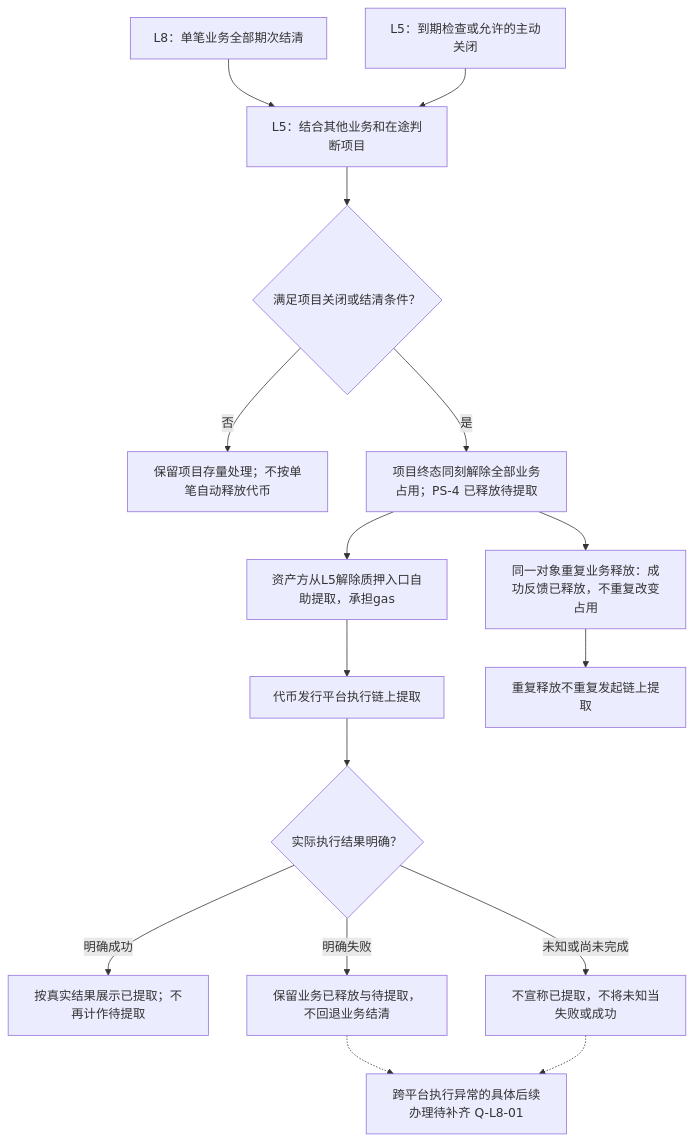
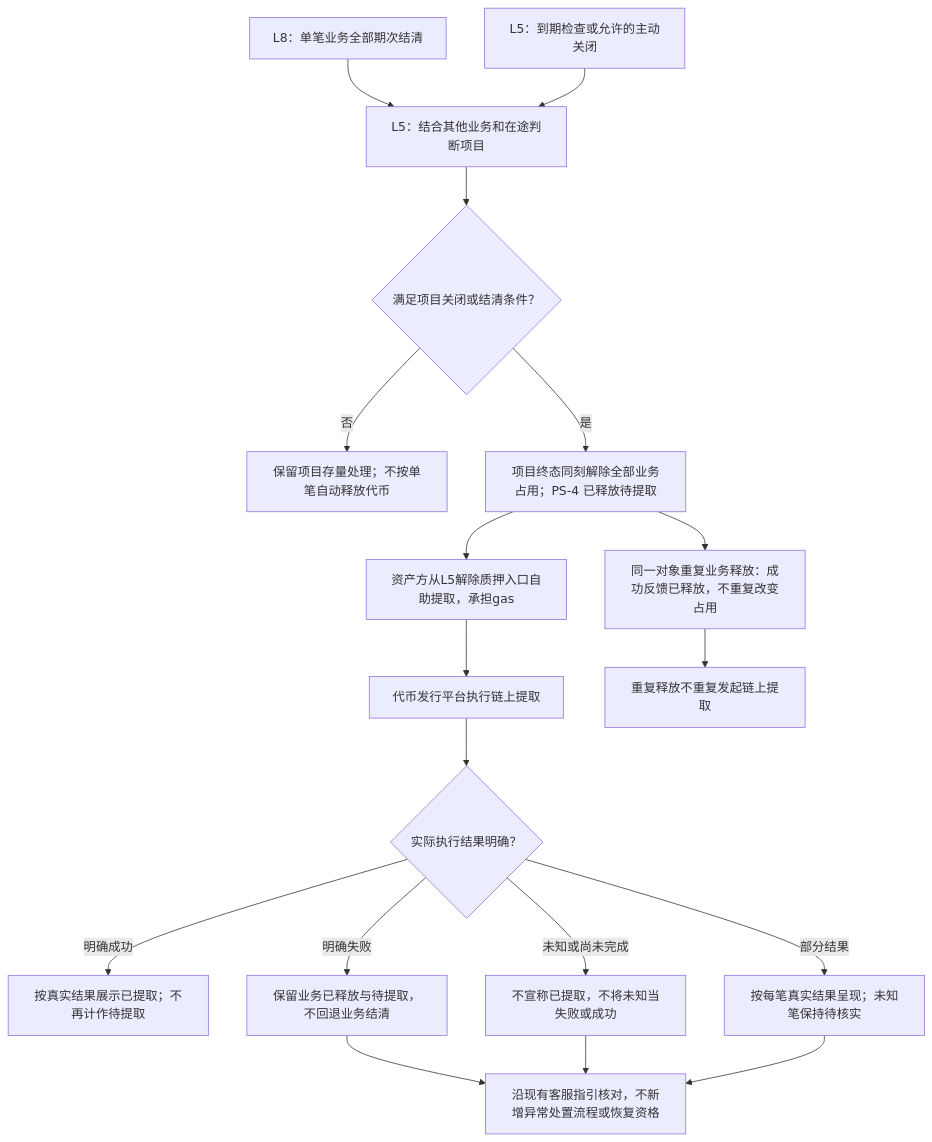
One commit to wxblockchain/Chain-Financing changed the third of 7 diagrams in lending-platform/PRD/v1.0-借贷广场-还款计划与还款确认/l8-repayment-flows-and-states.md. Above: the diagram before and after it, drawn with Mermaid. The commit also changed other lines of this file and 2 other files, not shown here.

````diff
--- a/lending-platform/PRD/v1.0-借贷广场-还款计划与还款确认/l8-repayment-flows-and-states.md
+++ b/lending-platform/PRD/v1.0-借贷广场-还款计划与还款确认/l8-repayment-flows-and-states.md
@@ -90,19 +85,21 @@
 ```mermaid
 flowchart TD
   A[L8：单笔业务全部期次结清] --> B[L5：结合其他业务和在途判断项目]
   C[L5：到期检查或允许的主动关闭] --> B
   B --> D{满足项目关闭或结清条件？}
   D -->|否| E[保留项目存量处理；不按单笔自动释放代币]
   D -->|是| F[项目终态同刻解除全部业务占用；PS-4 已释放待提取]
   F --> G[资产方从L5解除质押入口自助提取，承担gas]
   G --> H[代币发行平台执行链上提取]
   H --> I{实际执行结果明确？}
   I -->|明确成功| J[按真实结果展示已提取；不再计作待提取]
   I -->|明确失败| K[保留业务已释放与待提取，不回退业务结清]
   I -->|未知或尚未完成| L[不宣称已提取，不将未知当失败或成功]
-  K -.-> M[跨平台执行异常的具体后续办理待补齐 Q-L8-01]
-  L -.-> M
+  K --> M[沿现有客服指引核对，不新增异常处置流程或恢复资格]
+  L --> M
+  I -->|部分结果| V[按每笔真实结果呈现；未知笔保持待核实]
+  V --> M
   F --> N[同一对象重复业务释放：成功反馈已释放，不重复改变占用]
   N --> O[重复释放不重复发起链上提取]
 
 ```
````
